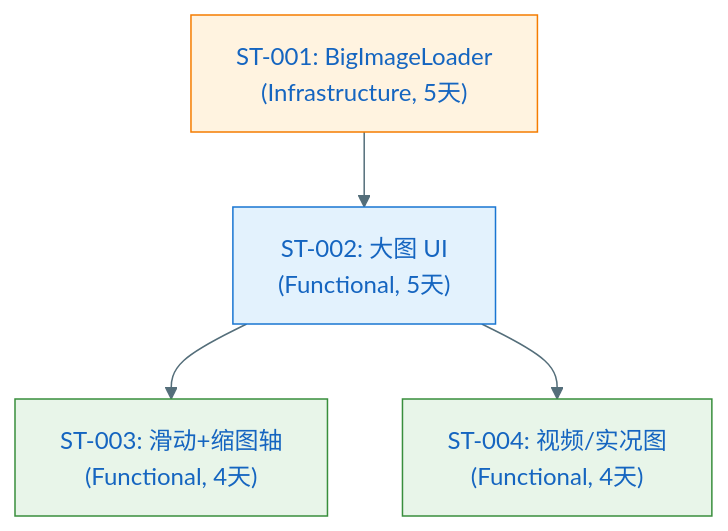
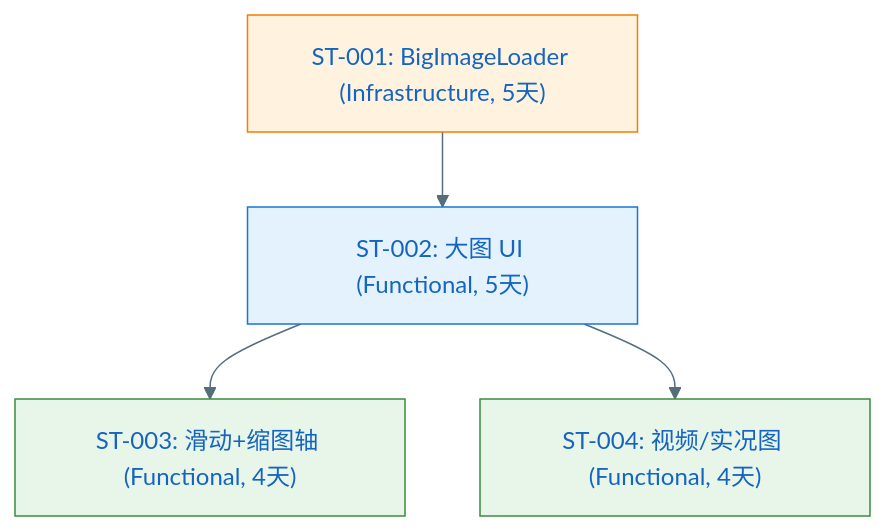
Diagram 18 of 18 in specs/epics/EPIC-004-android-gallery/features/FEAT-004-photo-viewer/plan.md (jackykarma/Verity), drawn with Mermaid before and after one commit. The commit also changed other lines of this file and 22 other files, not shown here.

First line of the commit message:
📝 docs(EPIC-004): 规格一致性与 Mermaid 图表修正

````diff
--- a/specs/epics/EPIC-004-android-gallery/features/FEAT-004-photo-viewer/plan.md
+++ b/specs/epics/EPIC-004-android-gallery/features/FEAT-004-photo-viewer/plan.md
@@ -1151,17 +1152,17 @@
 ```mermaid
 %%{init: {'theme': 'base', 'themeVariables': { 'primaryColor': '#E3F2FD', 'primaryTextColor': '#1565C0', 'primaryBorderColor': '#1976D2', 'lineColor': '#546E7A'}}}%%
 flowchart TD
-    ST001["ST-001: BigImageLoader<br/>(Infrastructure, 5天)"]
-    ST002["ST-002: 大图 UI<br/>(Functional, 5天)"]
-    ST003["ST-003: 滑动+缩图轴<br/>(Functional, 4天)"]
-    ST004["ST-004: 视频/实况图<br/>(Functional, 4天)"]
+    ST001["ST-001: BigImageLoader (Infrastructure, 5天)"]
+    ST002["ST-002: 大图 UI (Functional, 5天)"]
+    ST003["ST-003: 滑动+缩图轴 (Functional, 4天)"]
+    ST004["ST-004: 视频/实况图 (Functional, 4天)"]
     
     ST001 --> ST002
     ST002 --> ST003
     ST002 --> ST004
     
     style ST001 fill:#FFF3E0,stroke:#F57C00
     style ST002 fill:#E3F2FD,stroke:#1976D2
     style ST003 fill:#E8F5E9,stroke:#388E3C
     style ST004 fill:#E8F5E9,stroke:#388E3C
 ```
````
